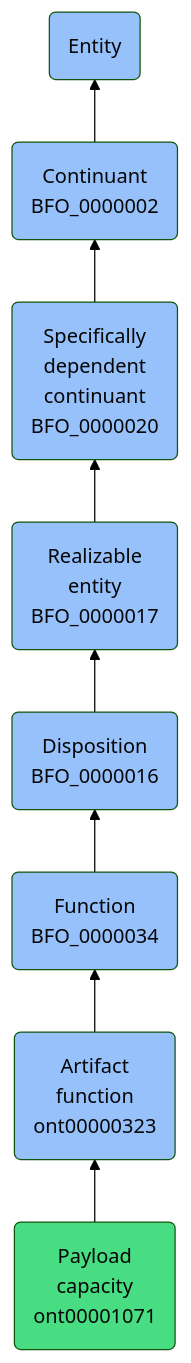
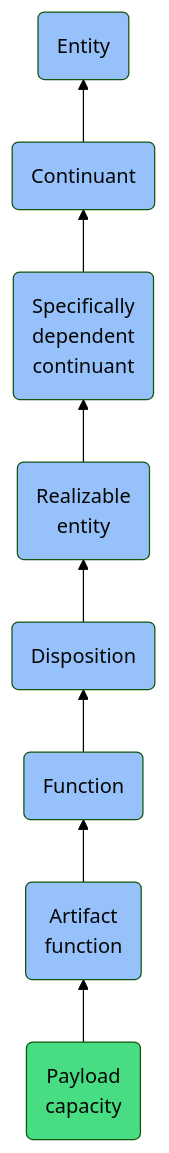
Before and after one commit to jupyter-naas/abi: the diagram in docs/ontology/reference/model/Entity/Continuant/Specifically dependent continuant/Realizable entity/Disposition/Function/Artifact function/Payload capacity/Payload capacity.md, drawn with Mermaid (forest theme). The commit also changed other lines of this file and 1430 other files, not shown here.

````diff
--- a/docs/ontology/reference/model/Entity/Continuant/Specifically dependent continuant/Realizable entity/Disposition/Function/Artifact function/Payload capacity/Payload capacity.md
+++ b/docs/ontology/reference/model/Entity/Continuant/Specifically dependent continuant/Realizable entity/Disposition/Function/Artifact function/Payload capacity/Payload capacity.md
@@ -24,15 +24,15 @@
 ```mermaid
 graph BT
-    ont00001071(Payload<br>capacity<br>ont00001071):::ABI-->ont00000323
-    ont00000323(Artifact<br>function<br>ont00000323):::BFO-->BFO_0000034
-    BFO_0000034(Function<br>BFO_0000034):::BFO-->BFO_0000016
-    BFO_0000016(Disposition<br>BFO_0000016):::BFO-->BFO_0000017
-    BFO_0000017(Realizable<br>entity<br>BFO_0000017):::BFO-->BFO_0000020
-    BFO_0000020(Specifically<br>dependent<br>continuant<br>BFO_0000020):::BFO-->BFO_0000002
-    BFO_0000002(Continuant<br>BFO_0000002):::BFO-->BFO_0000001
+    ont00001071(Payload<br>capacity):::ABI-->ont00000323
+    ont00000323(Artifact<br>function):::BFO-->BFO_0000034
+    BFO_0000034(Function):::BFO-->BFO_0000016
+    BFO_0000016(Disposition):::BFO-->BFO_0000017
+    BFO_0000017(Realizable<br>entity):::BFO-->BFO_0000020
+    BFO_0000020(Specifically<br>dependent<br>continuant):::BFO-->BFO_0000002
+    BFO_0000002(Continuant):::BFO-->BFO_0000001
     BFO_0000001(Entity):::BFO
     
     classDef BFO fill:#97c1fb,color:#060606
     classDef CCO fill:#e4c51e,color:#060606
     classDef ABI fill:#48DD82,color:#060606
 ```
````
